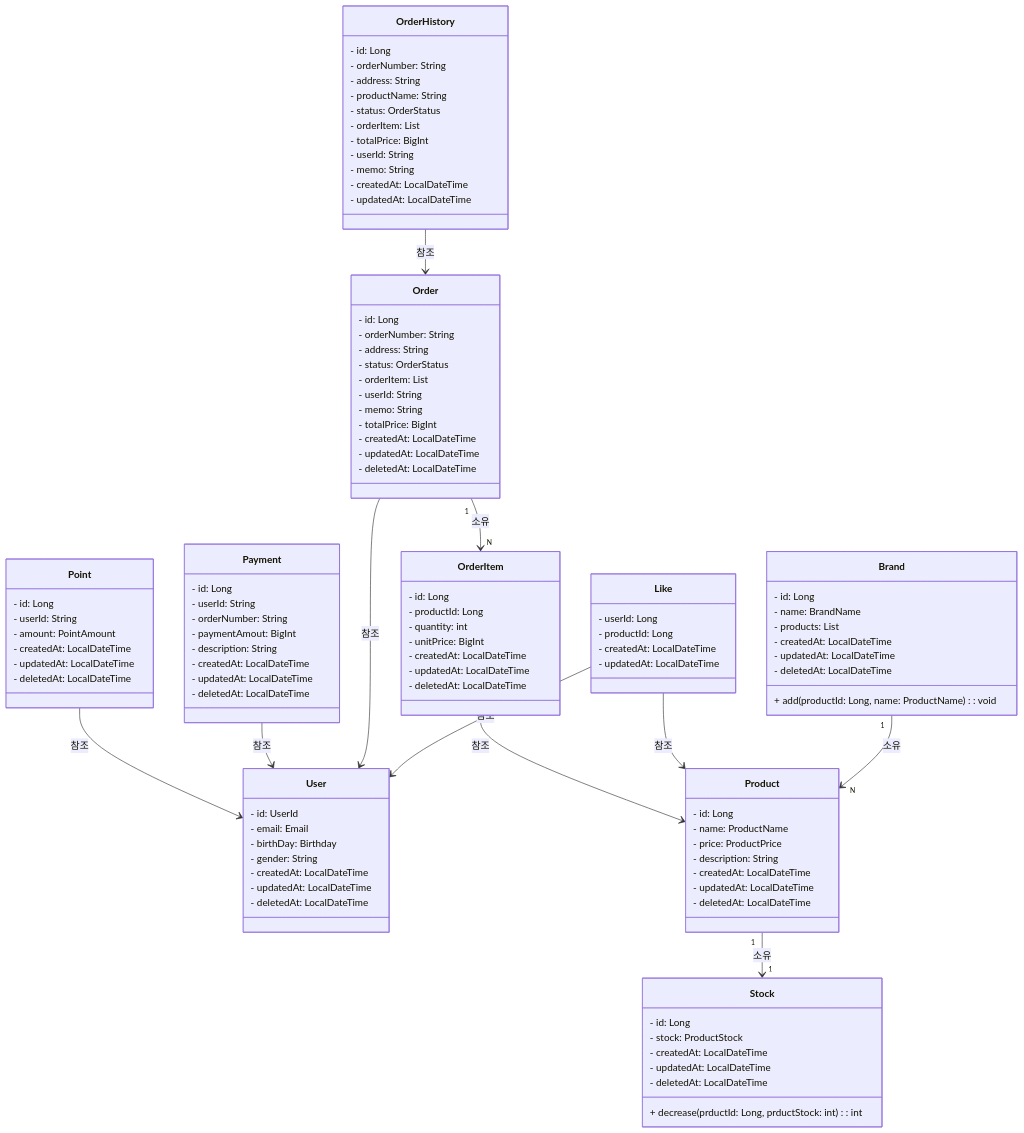
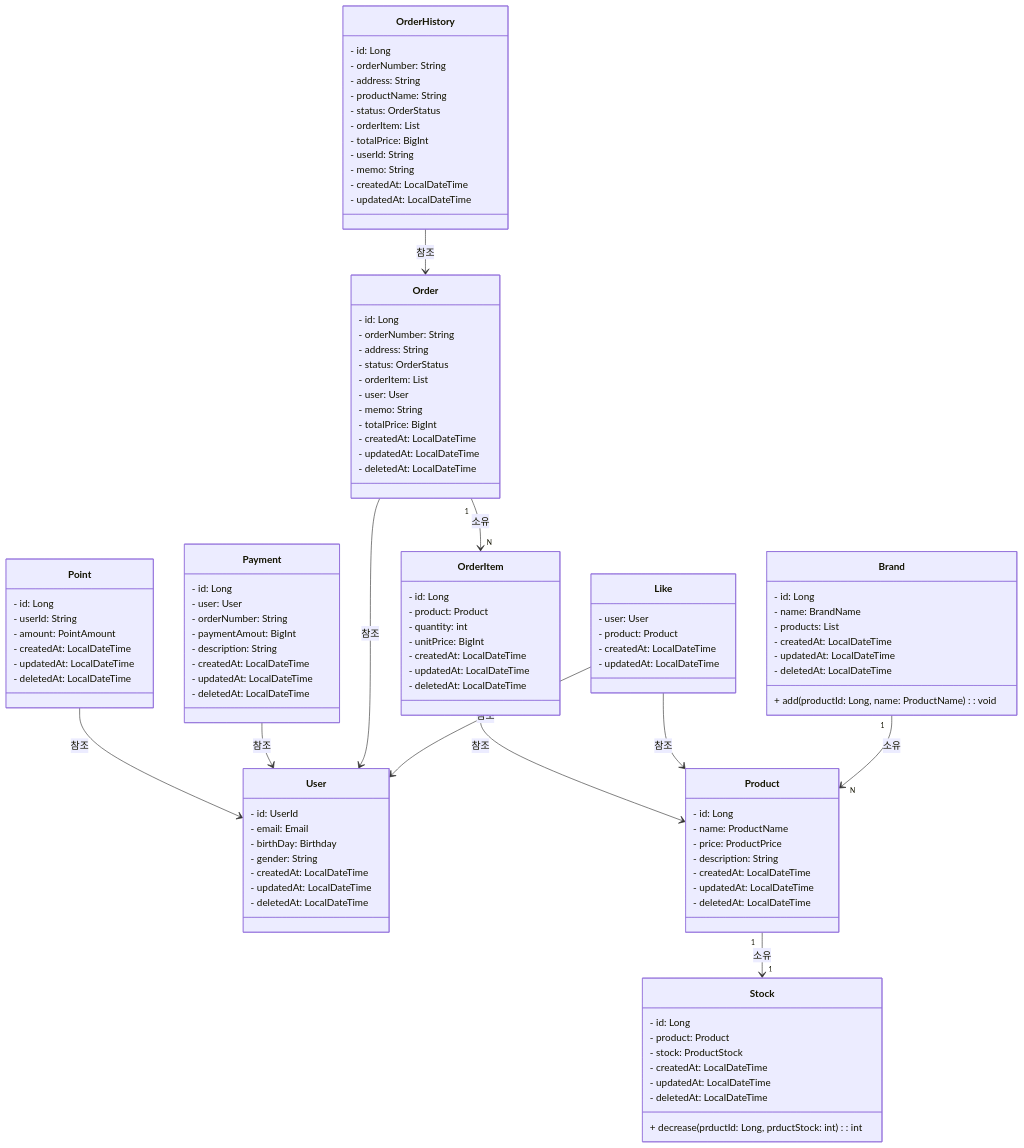
One commit to Roopers-Team-6/younghun changed the diagram in apps/commerce-api/docs/desigin/03-class-diagrams.md. Above: the diagram before and after it, drawn with Mermaid.

Commit message:
doc: 시퀀스 다이어그램 작성 - 계층값 변경

````diff
--- a/apps/commerce-api/docs/desigin/03-class-diagrams.md
+++ b/apps/commerce-api/docs/desigin/03-class-diagrams.md
@@ -3,6 +3,7 @@
 ```mermaid
 classDiagram
 
+%% 계정        
 class User {
    - id: UserId
    - email: Email
@@ -13,13 +14,15 @@
    - deletedAt: LocalDateTime
 }
 
+%% 좋아요
 class Like {
-    - userId: Long
-    - productId: Long
+    - user: User
+    - product: Product
     - createdAt: LocalDateTime
     - updatedAt: LocalDateTime
 }
 
+%% 브랜드
 class Brand {
     - id: Long
     - name: BrandName
@@ -31,6 +34,7 @@
     + add(productId: Long, name: ProductName): void 
 }
 
+%% 상품
 class Product {
     - id: Long
     - name: ProductName
@@ -41,8 +45,10 @@
     - deletedAt: LocalDateTime
 }
 
+%% 재고
 class Stock { 
  - id: Long
+ - product: Product
  - stock: ProductStock
  - createdAt: LocalDateTime
  - updatedAt: LocalDateTime
@@ -51,15 +57,14 @@
  + decrease(prductId: Long, prductStock: int): int
 }
 
-
-
+%% 주문
 class Order {
   - id: Long
   - orderNumber: String
   - address: String
   - status: OrderStatus
   - orderItem: List<OrderItem>
-  - userId: String
+  - user: User
   - memo: String
   - totalPrice: BigInt
   - createdAt: LocalDateTime
@@ -68,7 +73,7 @@
   
 }
 
-
+%% 주문 내역
 class OrderHistory { 
   - id: Long
   - orderNumber: String
@@ -84,9 +89,10 @@
   - updatedAt: LocalDateTime  
 }
 
+%% 주문 상품
 class OrderItem {
   - id: Long
-  - productId: Long
+  - product: Product
   - quantity: int
   - unitPrice: BigInt
   - createdAt: LocalDateTime
@@ -94,9 +100,10 @@
   - deletedAt: LocalDateTime
 }
 
+%% 결제
 class Payment { 
   - id: Long
-  - userId: String
+  - user: User
   - orderNumber: String
   - paymentAmout: BigInt
   - description: String
@@ -105,6 +112,7 @@
   - deletedAt: LocalDateTime
 }
 
+%% 포인트
 class Point { 
   - id: Long
   - userId: String
````
